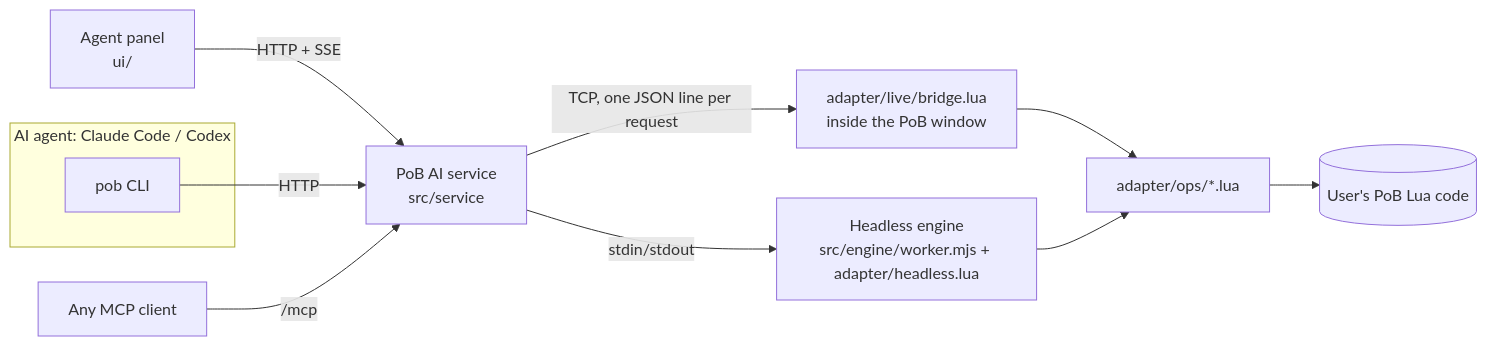
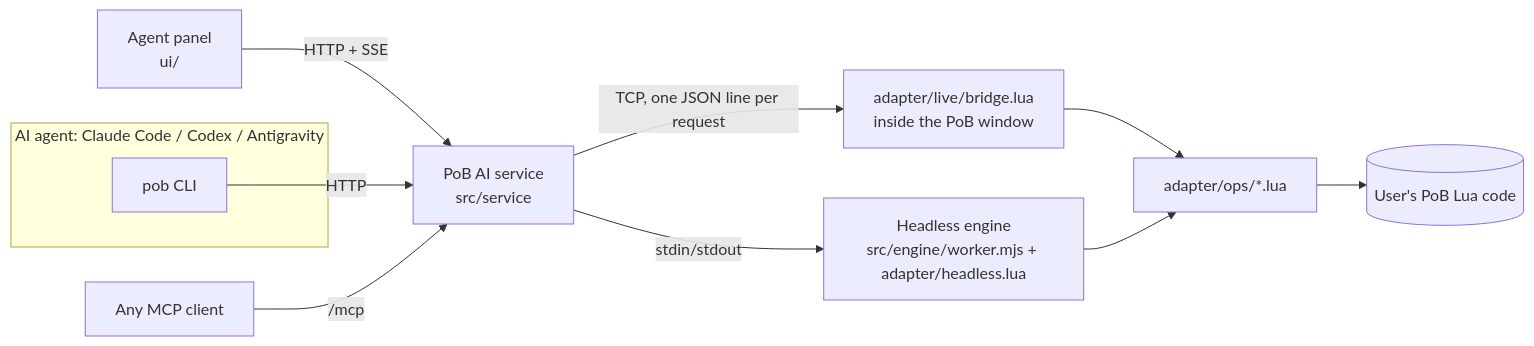
Before and after one commit to tjdcks12/pob-ai: the diagram in docs/ARCHITECTURE.md, drawn with Mermaid. The commit also changed other lines of this file and 22 other files, not shown here.

Commit message:
Release v0.2.4 with Antigravity agent and complete sign-in

````diff
--- a/docs/ARCHITECTURE.md
+++ b/docs/ARCHITECTURE.md
@@ -6,14 +6,14 @@
 ```mermaid
 flowchart LR
-  subgraph Agent[AI agent: Claude Code / Codex]
+  subgraph Agent[AI agent: Claude Code / Codex / Antigravity]
     A[pob CLI]
   end
   Panel[Agent panel<br/>ui/] -->|HTTP + SSE| Service
   A -->|HTTP| Service[PoB AI service<br/>src/service]
   MCP[Any MCP client] -->|/mcp| Service
   Service -->|TCP, one JSON line per request| Bridge[adapter/live/bridge.lua<br/>inside the PoB window]
   Service -->|stdin/stdout| Engine[Headless engine<br/>src/engine/worker.mjs + adapter/headless.lua]
   Bridge --> Ops[adapter/ops/*.lua]
   Engine --> Ops
   Ops --> PoB[(User's PoB Lua code)]
 ```
````
